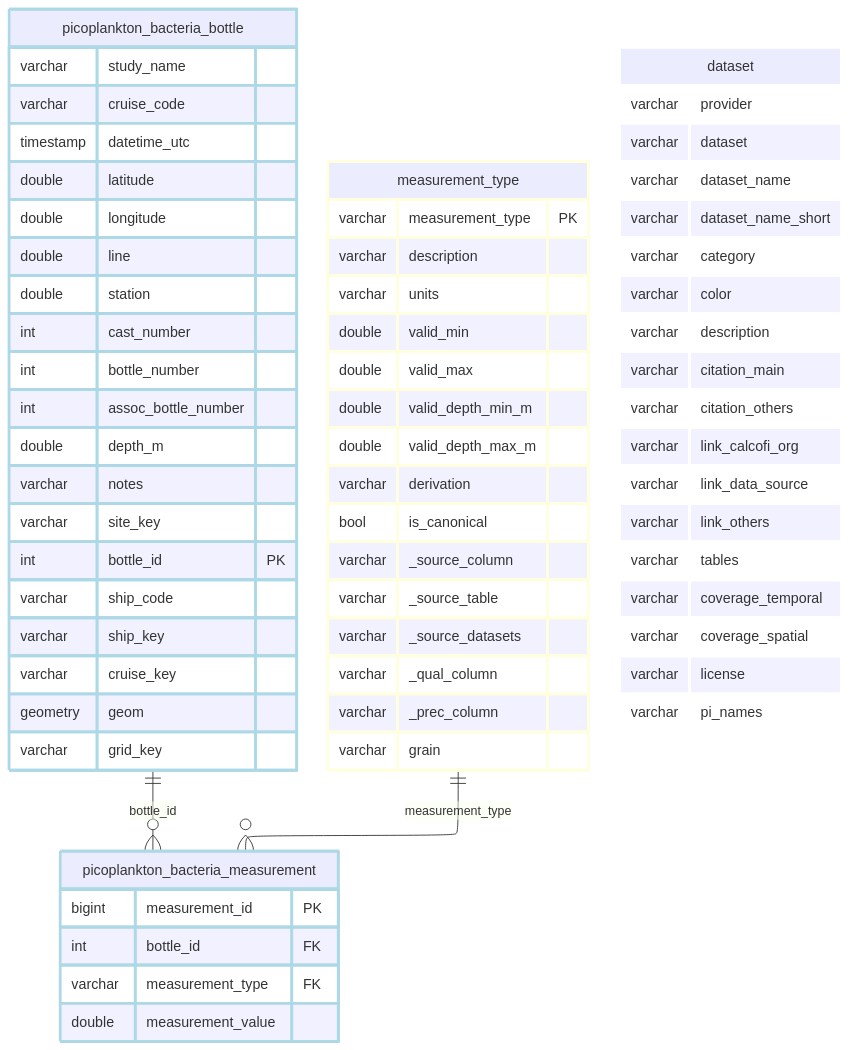
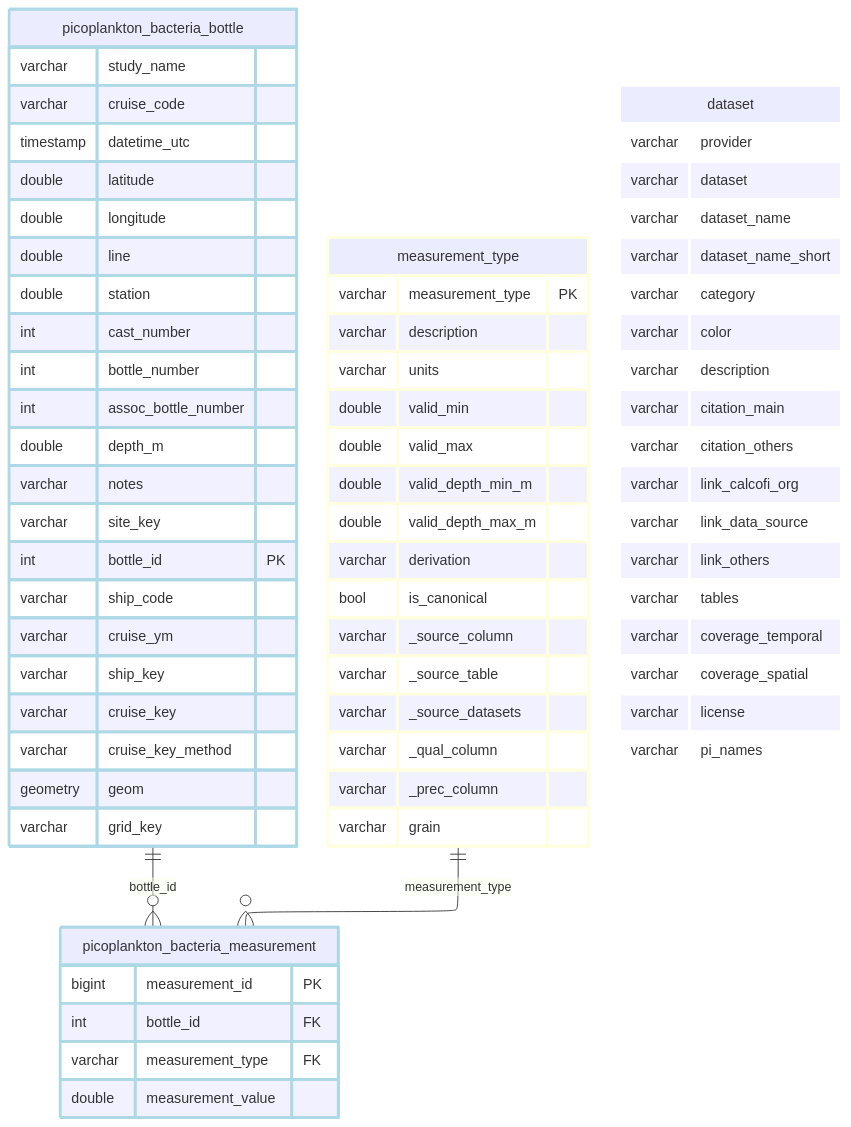
The diagram in _output/ingest_cce-lter_picoplankton-bacteria_files/figure-html/schema-1.mmd (CalCOFI/workflows), drawn with Mermaid before and after one commit. The commit also changed 68 other files, not shown here.

```diff
--- a/_output/ingest_cce-lter_picoplankton-bacteria_files/figure-html/schema-1.mmd
+++ b/_output/ingest_cce-lter_picoplankton-bacteria_files/figure-html/schema-1.mmd
@@ -1,76 +1,78 @@
 ---
 config:
   layout: elk
 ---
 erDiagram
     picoplankton_bacteria_bottle {
         varchar study_name
         varchar cruise_code
         timestamp datetime_utc
         double latitude
         double longitude
         double line
         double station
         int cast_number
         int bottle_number
         int assoc_bottle_number
         double depth_m
         varchar notes
         varchar site_key
         int bottle_id PK
         varchar ship_code
+        varchar cruise_ym
         varchar ship_key
         varchar cruise_key
+        varchar cruise_key_method
         geometry geom
         varchar grid_key
     }
     picoplankton_bacteria_measurement {
         bigint measurement_id PK
         int bottle_id FK
         varchar measurement_type FK
         double measurement_value
     }
     measurement_type {
         varchar measurement_type PK
         varchar description
         varchar units
         double valid_min
         double valid_max
         double valid_depth_min_m
         double valid_depth_max_m
         varchar derivation
         bool is_canonical
         varchar _source_column
         varchar _source_table
         varchar _source_datasets
         varchar _qual_column
         varchar _prec_column
         varchar grain
     }
     dataset {
         varchar provider
         varchar dataset
         varchar dataset_name
         varchar dataset_name_short
         varchar category
         varchar color
         varchar description
         varchar citation_main
         varchar citation_others
         varchar link_calcofi_org
         varchar link_data_source
         varchar link_others
         varchar tables
         varchar coverage_temporal
         varchar coverage_spatial
         varchar license
         varchar pi_names
     }
     picoplankton_bacteria_bottle ||--o{ picoplankton_bacteria_measurement : "bottle_id"
     measurement_type ||--o{ picoplankton_bacteria_measurement : "measurement_type"
     classDef lightblue stroke:#ADD8E6,stroke-width:3px
     class picoplankton_bacteria_bottle,picoplankton_bacteria_measurement lightblue
     classDef lightyellow stroke:#FFFFE0,stroke-width:3px
     class measurement_type lightyellow
     classDef white stroke:#FFFFFF,stroke-width:3px
     class dataset white
```
